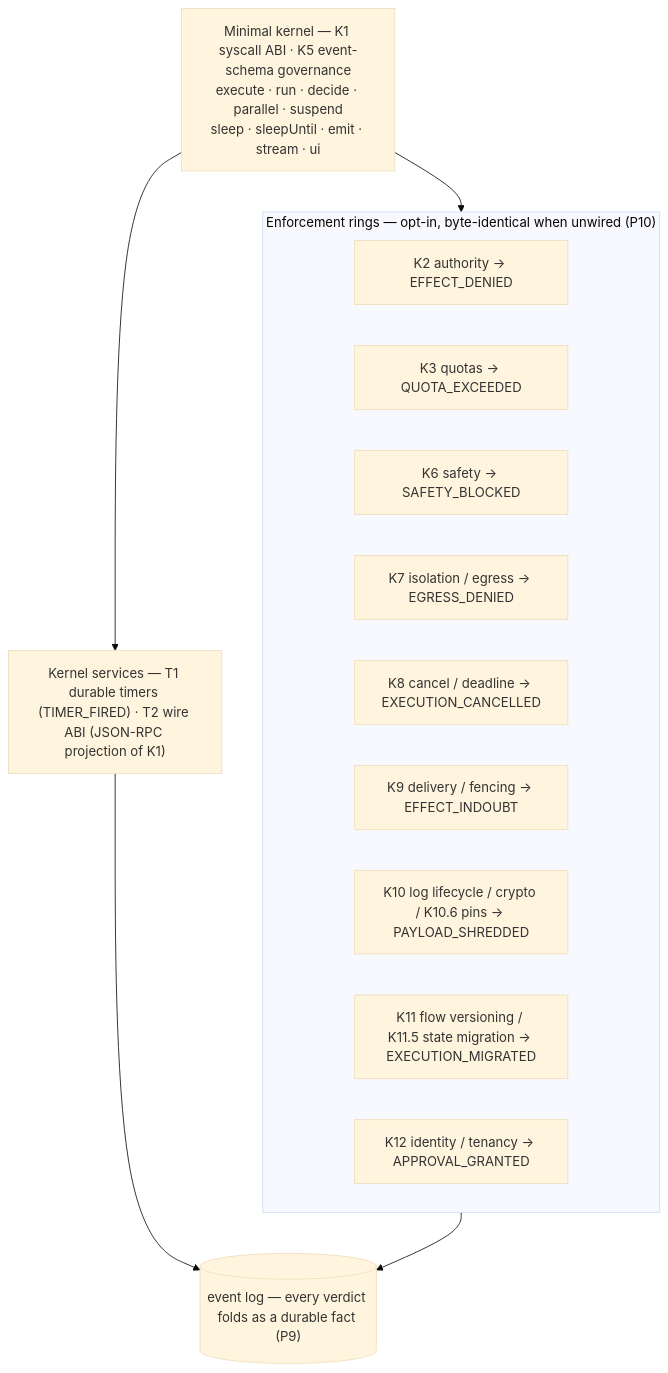
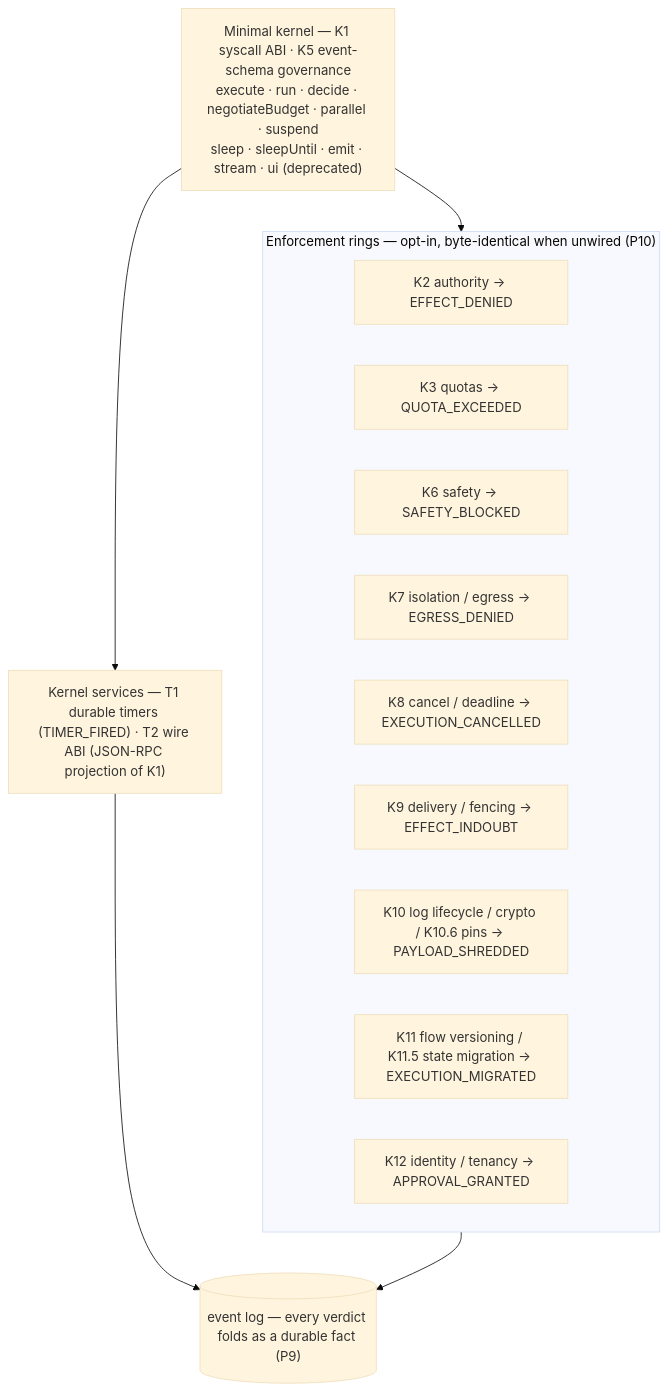
Diagram 11 of 13 in docs/architecture.md (chhetrisushil/loom), drawn with Mermaid (base theme) before and after one commit. The commit also changed other lines of this file and 51 other files, not shown here.

````diff
--- a/docs/architecture.md
+++ b/docs/architecture.md
@@ -365,23 +365,23 @@
 ```mermaid
 flowchart TB
-  Sys["Minimal kernel — K1 syscall ABI · K5 event-schema governance<br/>execute · run · decide · parallel · suspend<br/>sleep · sleepUntil · emit · stream · ui"]
+  Sys["Minimal kernel — K1 syscall ABI · K5 event-schema governance<br/>execute · run · decide · negotiateBudget · parallel · suspend<br/>sleep · sleepUntil · emit · stream · ui (deprecated)"]
 
   subgraph Rings["Enforcement rings — opt-in, byte-identical when unwired (P10)"]
     K2["K2 authority → EFFECT_DENIED"]
     K3["K3 quotas → QUOTA_EXCEEDED"]
     K6["K6 safety → SAFETY_BLOCKED"]
     K7["K7 isolation / egress → EGRESS_DENIED"]
     K8["K8 cancel / deadline → EXECUTION_CANCELLED"]
     K9["K9 delivery / fencing → EFFECT_INDOUBT"]
     K10["K10 log lifecycle / crypto / K10.6 pins → PAYLOAD_SHREDDED"]
     K11["K11 flow versioning / K11.5 state migration → EXECUTION_MIGRATED"]
     K12["K12 identity / tenancy → APPROVAL_GRANTED"]
   end
 
   Svc["Kernel services — T1 durable timers (TIMER_FIRED) · T2 wire ABI (JSON-RPC projection of K1)"]
 
   Sys --> Rings
   Sys --> Svc
   Rings --> Log[("event log — every verdict folds as a durable fact (P9)")]
   Svc --> Log
 ```
````
